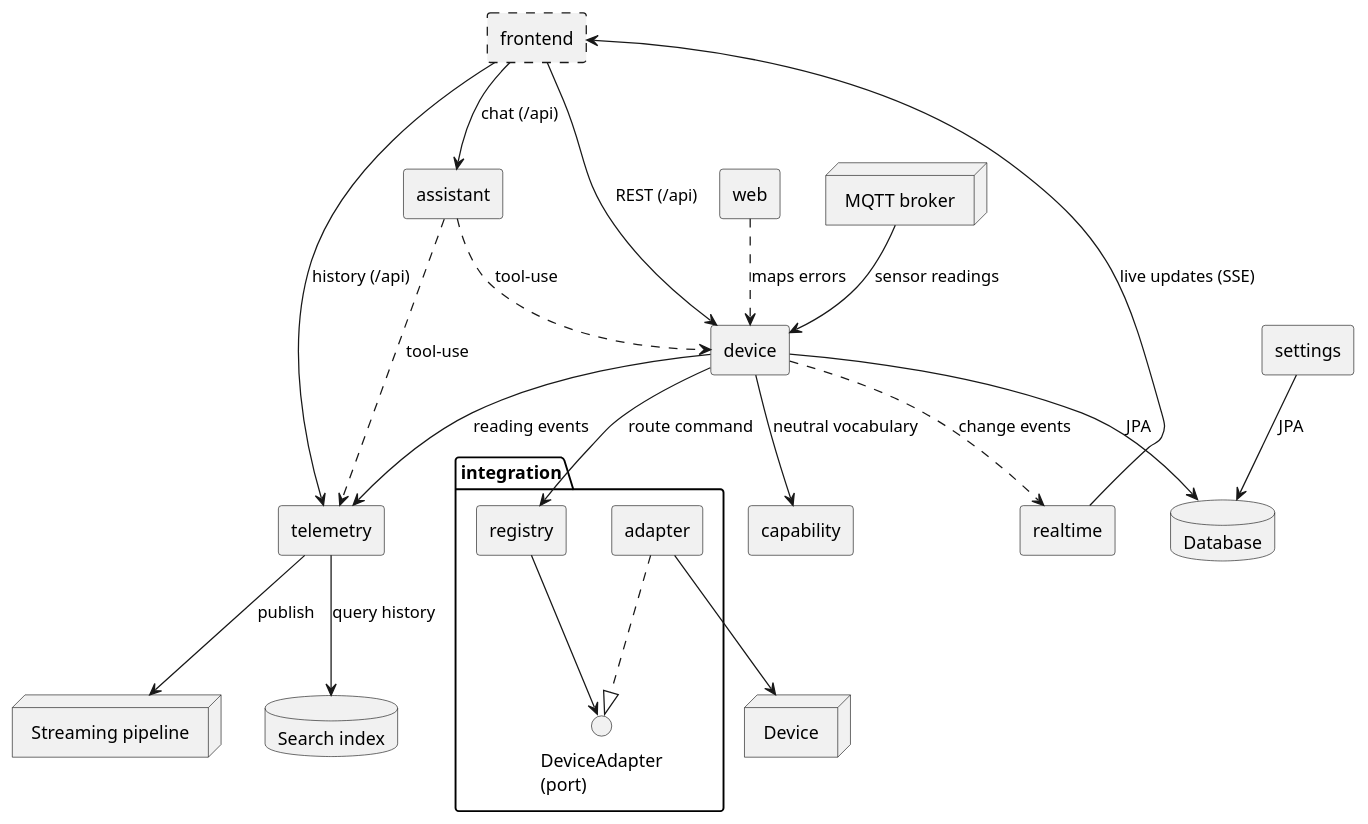
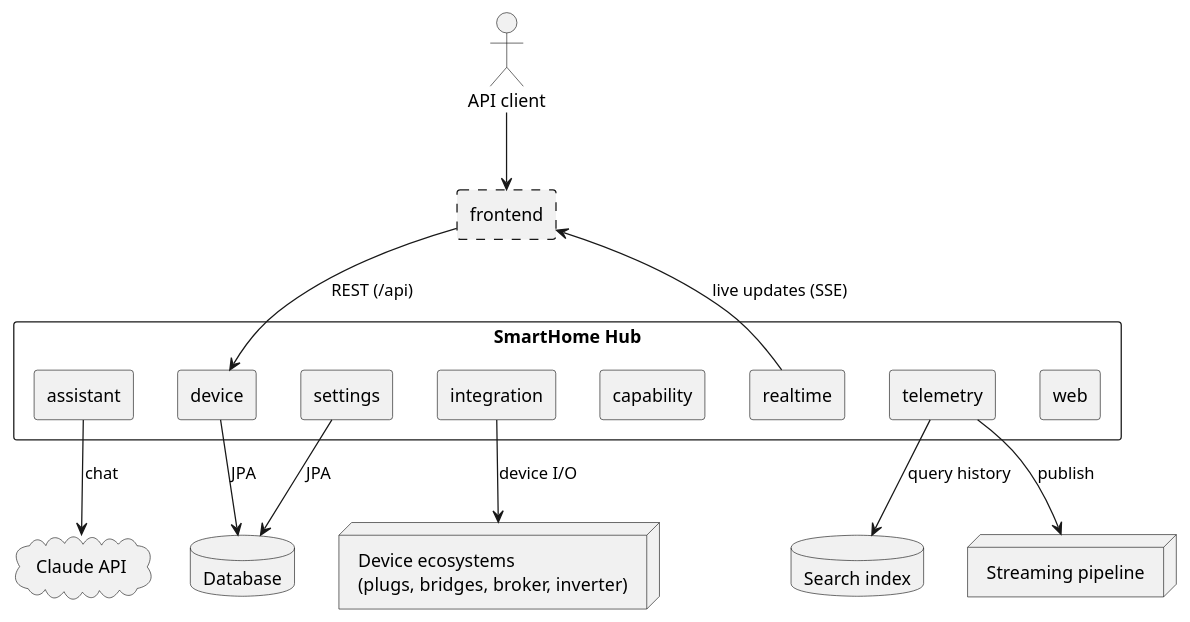
The first of 4 diagrams in docs/modules/ROOT/pages/05-building-block-view.adoc (FelixGeisler/SmartHome), drawn with PlantUML before and after one commit. The commit also changed other lines of this file and 2 other files, not shown here.

Commit message:
#54 Add the Solakon inverter to the arc42 context, building-block, and deployment views and simplify their diagrams.

```diff
--- a/docs/modules/ROOT/pages/05-building-block-view.adoc
+++ b/docs/modules/ROOT/pages/05-building-block-view.adoc
@@ -3,45 +11,36 @@
 [plantuml,building-blocks,svg]
 ----
 @startuml
 skinparam componentStyle rectangle
 
-[frontend] #line.dashed
-[assistant]
-[web]
-[device]
-[capability]
-package "integration" {
-  interface "DeviceAdapter\n(port)" as port
-  [registry]
-  [adapter]
+actor "API client" as client
+[frontend] as fe #line.dashed
+
+rectangle "SmartHome Hub" {
+  [web]
+  [assistant]
+  [device]
+  [capability]
+  [integration]
+  [telemetry]
+  [realtime]
+  [settings]
 }
-[settings]
-[telemetry]
-[realtime]
+
 database "Database" as db
 database "Search index" as idx
-node "MQTT broker" as broker
+node "Device ecosystems\n(plugs, bridges, broker, inverter)" as world
 node "Streaming pipeline" as pipeline
-node "Device" as dev
+cloud "Claude API" as claude
 
-[frontend] --> [device] : REST (/api)
-[frontend] --> [telemetry] : history (/api)
-[frontend] --> [assistant] : chat (/api)
-[realtime] --> [frontend] : live updates (SSE)
-[device] ..> [realtime] : change events
-[assistant] ..> [device] : tool-use
-[assistant] ..> [telemetry] : tool-use
-[web] ..> [device] : maps errors
-[device] --> [capability] : neutral vocabulary
-[device] --> db : JPA
-[device] --> [registry] : route command
-[registry] --> port
-[adapter] ..|> port
-[adapter] --> dev
-broker --> [device] : sensor readings
-[device] --> [telemetry] : reading events
-[telemetry] --> pipeline : publish
-[telemetry] --> idx : query history
-[settings] --> db : JPA
+client --> fe
+fe --> device : REST (/api)
+realtime --> fe : live updates (SSE)
+assistant --> claude : chat
+integration --> world : device I/O
+telemetry --> pipeline : publish
+telemetry --> idx : query history
+device --> db : JPA
+settings --> db : JPA
 @enduml
 ----
```
